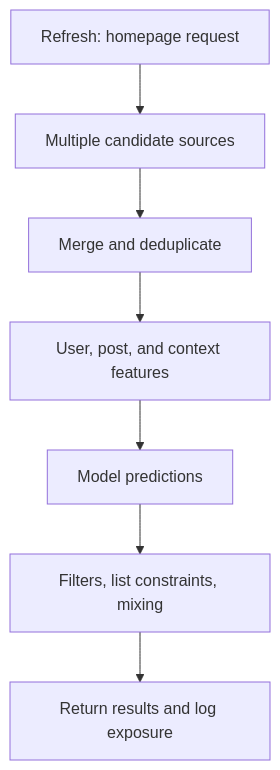
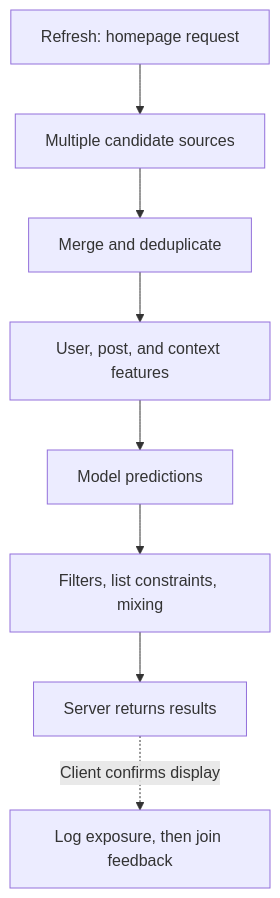
One commit to tianyi-zhang-02/cooking-agi changed the diagram in practice/recommender-systems/01-feed-pipeline.en.md. Above: the diagram before and after it, drawn with Mermaid. The commit also changed other lines of this file and 457 other files, not shown here.

````diff
--- a/practice/recommender-systems/01-feed-pipeline.en.md
+++ b/practice/recommender-systems/01-feed-pipeline.en.md
@@ -19,9 +19,10 @@
 ```mermaid
 flowchart TD
  A["Refresh: homepage request"] --> B["Multiple candidate sources"]
  B --> C["Merge and deduplicate"]
  C --> D["User, post, and context features"]
  D --> E["Model predictions"]
  E --> F["Filters, list constraints, mixing"]
- F --> G["Return results and log exposure"]
+ F --> G["Server returns results"]
+ G -. "Client confirms display" .-> H["Log exposure, then join feedback"]
 ```
````
